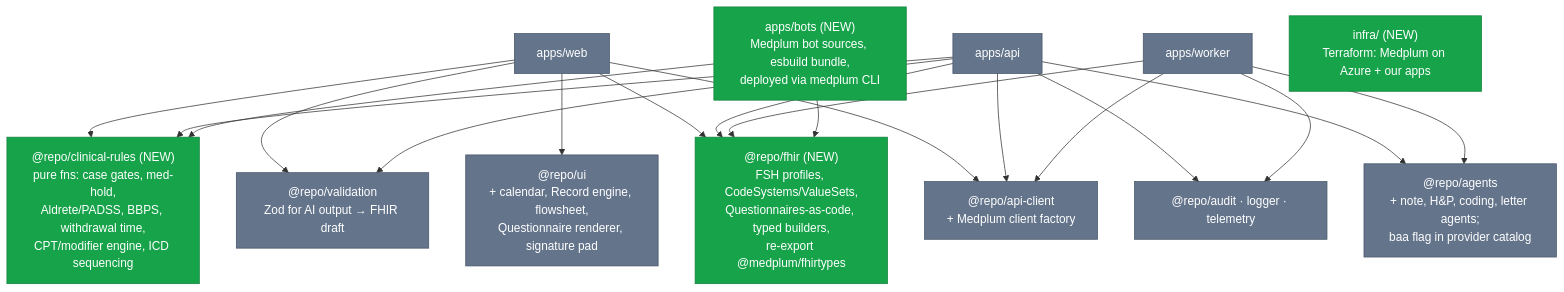
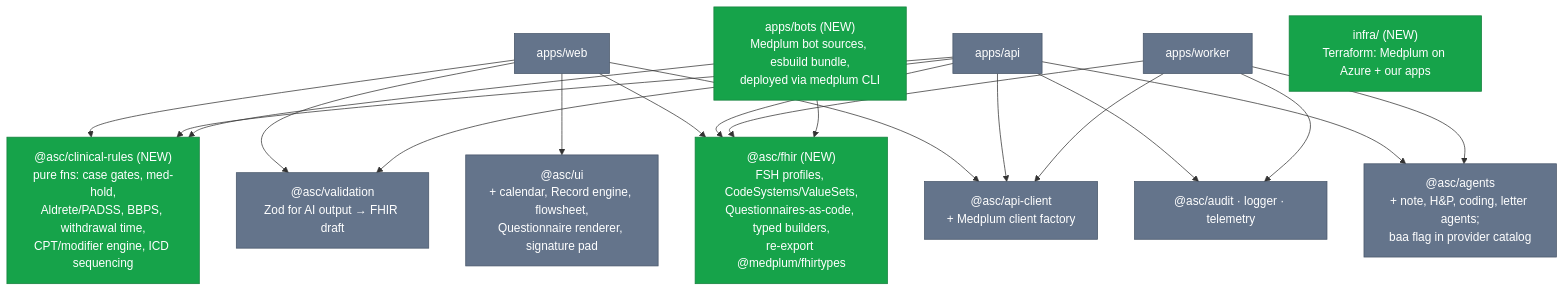
Before and after one commit to imRahul05/ASC-EHR: the fourth of 6 diagrams in docs/product/03-target-architecture.md, drawn with Mermaid. The commit also changed other lines of this file and 88 other files, not shown here.

First line of the commit message:
chore: rename internal package scope @repo/* -> @asc/*

````diff
--- a/docs/product/03-target-architecture.md
+++ b/docs/product/03-target-architecture.md
@@ -192,24 +192,24 @@
 ```mermaid
 flowchart TD
     classDef newpkg fill:#16a34a,color:#fff,stroke:#15803d
     classDef exist fill:#64748b,color:#fff,stroke:#475569
 
     Web["apps/web"]:::exist
     API["apps/api"]:::exist
     Worker["apps/worker"]:::exist
     Bots["apps/bots (NEW)<br/>Medplum bot sources, esbuild bundle,<br/>deployed via medplum CLI"]:::newpkg
     Infra["infra/ (NEW)<br/>Terraform: Medplum on Azure + our apps"]:::newpkg
 
-    FHIR["@repo/fhir (NEW)<br/>FSH profiles, CodeSystems/ValueSets,<br/>Questionnaires-as-code, typed builders,<br/>re-export @medplum/fhirtypes"]:::newpkg
-    Rules["@repo/clinical-rules (NEW)<br/>pure fns: case gates, med-hold,<br/>Aldrete/PADSS, BBPS, withdrawal time,<br/>CPT/modifier engine, ICD sequencing"]:::newpkg
-    MPC["@repo/api-client<br/>+ Medplum client factory"]:::exist
-    Agents["@repo/agents<br/>+ note, H&P, coding, letter agents;<br/>baa flag in provider catalog"]:::exist
-    Val["@repo/validation<br/>Zod for AI output → FHIR draft"]:::exist
-    UI["@repo/ui<br/>+ calendar, Record engine, flowsheet,<br/>Questionnaire renderer, signature pad"]:::exist
-    Audit["@repo/audit · logger · telemetry"]:::exist
+    FHIR["@asc/fhir (NEW)<br/>FSH profiles, CodeSystems/ValueSets,<br/>Questionnaires-as-code, typed builders,<br/>re-export @medplum/fhirtypes"]:::newpkg
+    Rules["@asc/clinical-rules (NEW)<br/>pure fns: case gates, med-hold,<br/>Aldrete/PADSS, BBPS, withdrawal time,<br/>CPT/modifier engine, ICD sequencing"]:::newpkg
+    MPC["@asc/api-client<br/>+ Medplum client factory"]:::exist
+    Agents["@asc/agents<br/>+ note, H&P, coding, letter agents;<br/>baa flag in provider catalog"]:::exist
+    Val["@asc/validation<br/>Zod for AI output → FHIR draft"]:::exist
+    UI["@asc/ui<br/>+ calendar, Record engine, flowsheet,<br/>Questionnaire renderer, signature pad"]:::exist
+    Audit["@asc/audit · logger · telemetry"]:::exist
 
     Web --> UI & MPC & FHIR & Rules & Val
     API --> FHIR & Rules & Agents & Val & Audit & MPC
     Worker --> FHIR & Agents & Audit & MPC
     Bots --> FHIR & Rules
 ```
````
